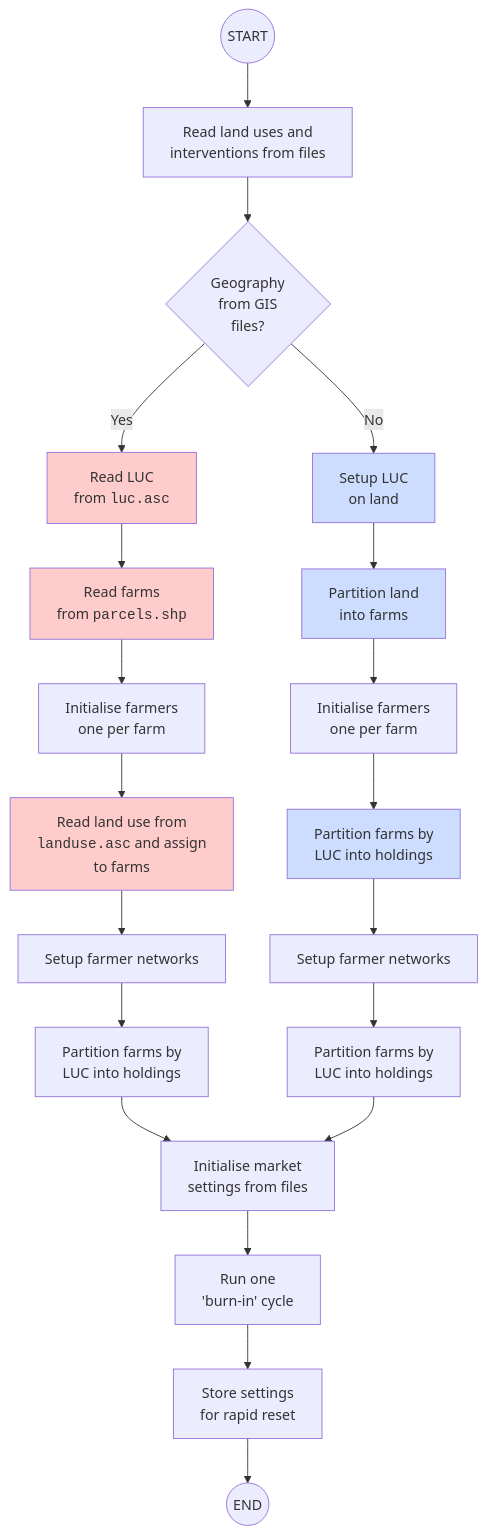
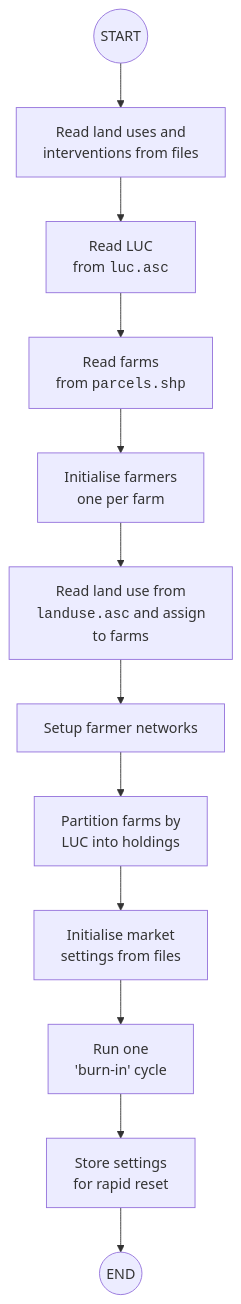
One commit to DOSull/moving-the-middle-abm changed the diagram in model-description/documents/01a-model-initialisation.qmd. Above: the diagram before and after it, drawn with Mermaid. The commit also changed other lines of this file and 69 other files, not shown here.

````diff
--- a/model-description/documents/01a-model-initialisation.qmd
+++ b/model-description/documents/01a-model-initialisation.qmd
@@ -29,45 +29,46 @@
 ```{mermaid}
 flowchart TB
   A((START))
   B[Read land uses and<br>interventions from files]
-  C{Geography<br>from GIS<br>files?}
+  %% C{Geography<br>from GIS<br>files?}
   D[Read LUC<br>from <span style='font-family:monospace;'>luc.asc</span>]
   E[Read farms<br>from <span style='font-family:monospace;'>parcels.shp</span>]
   F[Initialise farmers<br>one per farm]
   G[Read land use from<br><span style='font-family:monospace;'>landuse.asc</span> and assign<br>to farms]
   H[Setup farmer networks]
   I[Partition farms by<br>LUC into holdings]
-  J[Setup LUC<br>on land]
-  K[Partition land<br>into farms]
-  L[Initialise farmers<br>one per farm]
-  M[Partition farms by<br>LUC into holdings]
-  N[Setup farmer networks]
-  O[Partition farms by<br>LUC into holdings]
+  %% J[Setup LUC<br>on land]
+  %% K[Partition land<br>into farms]
+  %% L[Initialise farmers<br>one per farm]
+  %% M[Partition farms by<br>LUC into holdings]
+  %% N[Setup farmer networks]
+  %% O[Partition farms by<br>LUC into holdings]
   P[Initialise market<br>settings from files]
   Q[Run one<br>'burn-in' cycle]
   R[Store settings<br>for rapid reset]
   S((END))
   A --> B
-  B --> C
-  C -->|Yes| D
+  %% B --> C
+  %% C -->|Yes| D
+  B --> D
   D --> E
   E --> F
   F --> G
   G --> H
   H --> I
   I --> P
-  C -->|No| J
-  J --> K
-  K --> L
-  L --> M
-  M --> N
-  N --> O
-  O --> P
+  %% C -->|No| J
+  %% J --> K
+  %% K --> L
+  %% L --> M
+  %% M --> N
+  %% N --> O
+  %% O --> P
   P --> Q
   Q --> R
   R --> S
-  classDef pink fill:#fcc
-  classDef blue fill:#cdf
-  class D,E,G pink
-  class J,K,M blue
+  %% classDef pink fill:#fcc
+  %% classDef blue fill:#cdf
+  %% class D,E,G pink
+  %% class J,K,M blue
 ```
````
